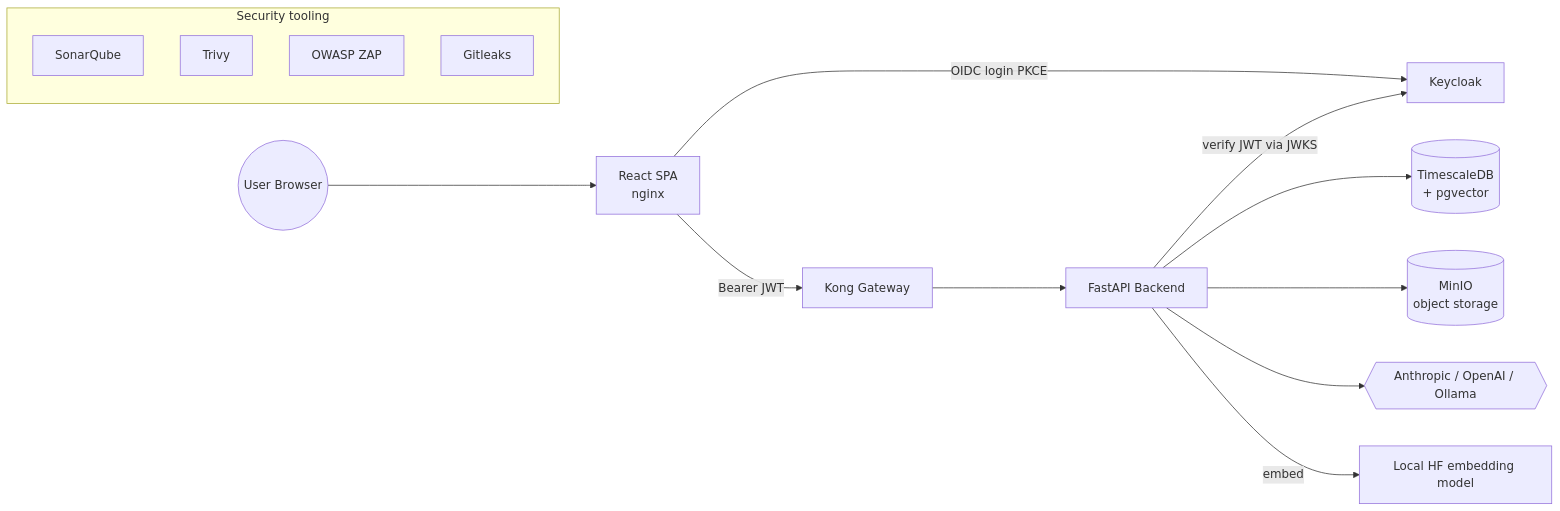
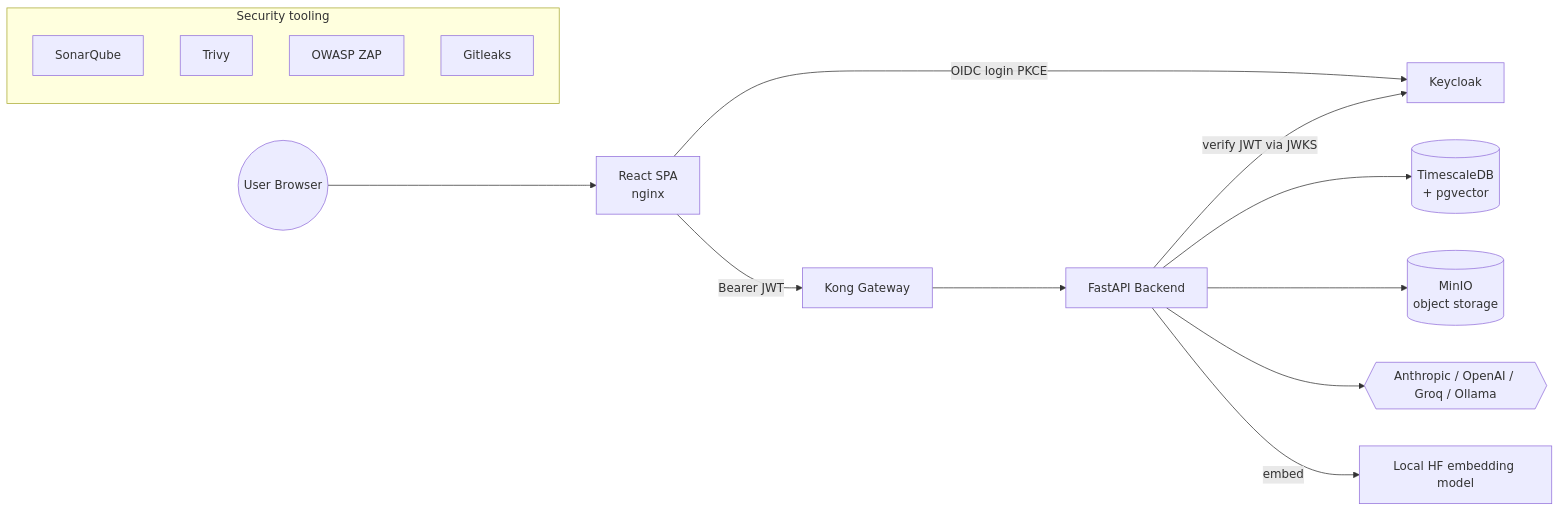
One commit to deeprath/rag-chatbot-platform changed the first of 3 diagrams in docs/ARCHITECTURE.md. Above: the diagram before and after it, drawn with Mermaid. The commit also changed other lines of this file and 25 other files, not shown here.

````diff
--- a/docs/ARCHITECTURE.md
+++ b/docs/ARCHITECTURE.md
@@ -5,19 +5,19 @@
 ```mermaid
 flowchart LR
   User((User Browser)) --> FE[React SPA<br/>nginx]
   FE -- OIDC login PKCE --> KC[Keycloak]
   FE -- Bearer JWT --> Kong[Kong Gateway]
   Kong --> API[FastAPI Backend]
   API -- verify JWT via JWKS --> KC
   API --> PG[(TimescaleDB<br/>+ pgvector)]
   API --> MinIO[(MinIO<br/>object storage)]
-  API --> LLM{{Anthropic / OpenAI / Ollama}}
+  API --> LLM{{Anthropic / OpenAI / Groq / Ollama}}
   API -- embed --> Embed[Local HF embedding model]
 
   subgraph Security[Security tooling]
     Sonar[SonarQube]
     Trivy[Trivy]
     ZAP[OWASP ZAP]
     Gitleaks[Gitleaks]
   end
 ```
````
